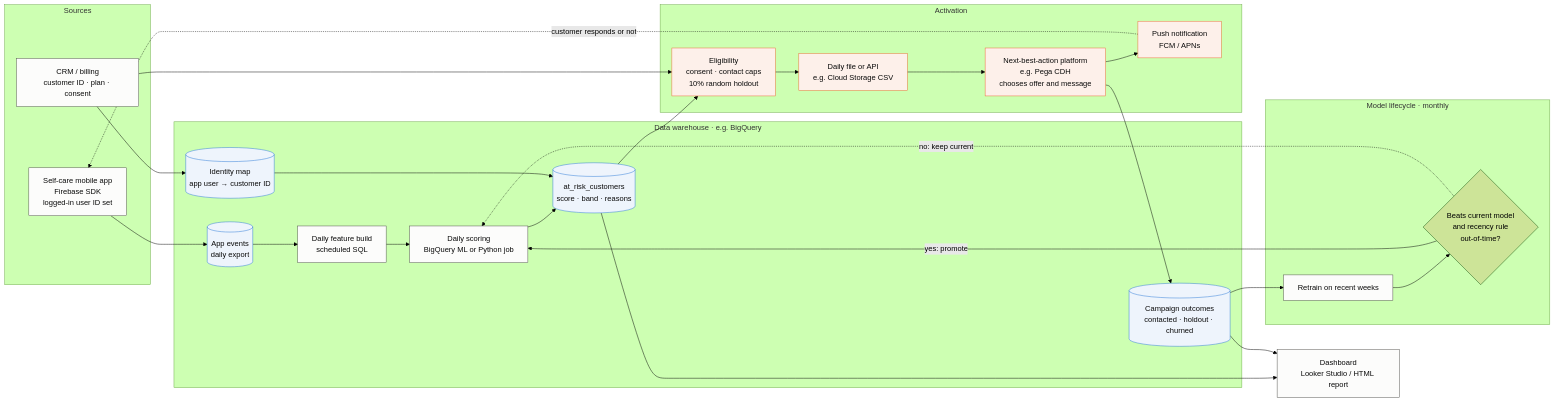
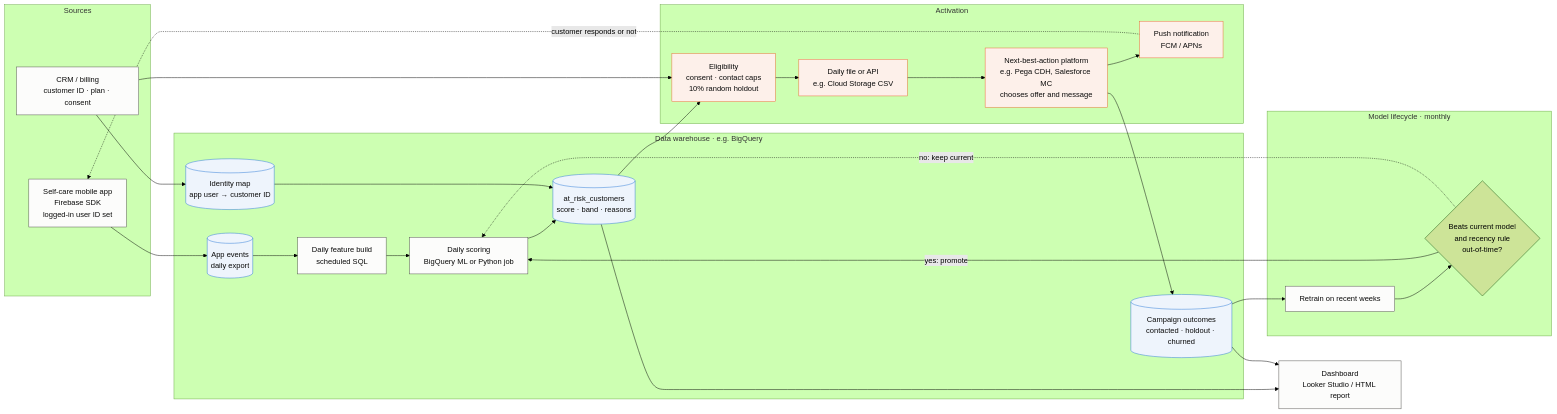
The second of 2 diagrams in README.md (farooqfaraz2024/app-engagement-churn), drawn with Mermaid (forest theme) before and after one commit. The commit also changed other lines of this file and 10 other files, not shown here.

````diff
--- a/README.md
+++ b/README.md
@@ -103,53 +141,53 @@
 ```mermaid
 flowchart LR
     subgraph SRC["Sources"]
         APP["Self-care mobile app<br/>Firebase SDK<br/>logged-in user ID set"]
         CRM["CRM / billing<br/>customer ID · plan · consent"]
     end
 
     subgraph BQ["Data warehouse · e.g. BigQuery"]
         EV[("App events<br/>daily export")]
         IDM[("Identity map<br/>app user → customer ID")]
         FEAT["Daily feature build<br/>scheduled SQL"]
         SCORE["Daily scoring<br/>BigQuery ML or Python job"]
         RISK[("at_risk_customers<br/>score · band · reasons")]
         OUT[("Campaign outcomes<br/>contacted · holdout · churned")]
         EV --> FEAT --> SCORE --> RISK
     end
 
     subgraph ML["Model lifecycle · monthly"]
         RETRAIN["Retrain on recent weeks"]
         GATE{"Beats current model<br/>and recency rule<br/>out-of-time?"}
         RETRAIN --> GATE
     end
 
     subgraph ACT["Activation"]
         ELIG["Eligibility<br/>consent · contact caps<br/>10% random holdout"]
         EXP["Daily file or API<br/>e.g. Cloud Storage CSV"]
-        NBA["Next-best-action platform<br/>e.g. Pega CDH<br/>chooses offer and message"]
+        NBA["Next-best-action platform<br/>e.g. Pega CDH, Salesforce MC<br/>chooses offer and message"]
         PUSH["Push notification<br/>FCM / APNs"]
         ELIG --> EXP --> NBA --> PUSH
     end
 
     DASH["Dashboard<br/>Looker Studio / HTML report"]
 
     APP --> EV
     CRM --> IDM
     CRM --> ELIG
     IDM --> RISK
     RISK --> ELIG
     RISK --> DASH
     PUSH -. "customer responds or not" .-> APP
     NBA --> OUT
     OUT --> RETRAIN
     OUT --> DASH
     GATE -- "yes: promote" --> SCORE
     GATE -. "no: keep current" .-> SCORE
 
     classDef store fill:#eef4fc,stroke:#2a78d6,color:#0b0b0b
     classDef step fill:#fcfcfb,stroke:#52514e,color:#0b0b0b
     classDef act fill:#fdf0ea,stroke:#eb6834,color:#0b0b0b
     class EV,IDM,RISK,OUT store
     class FEAT,SCORE,RETRAIN,DASH,APP,CRM step
     class ELIG,EXP,NBA,PUSH act
 ```
````
